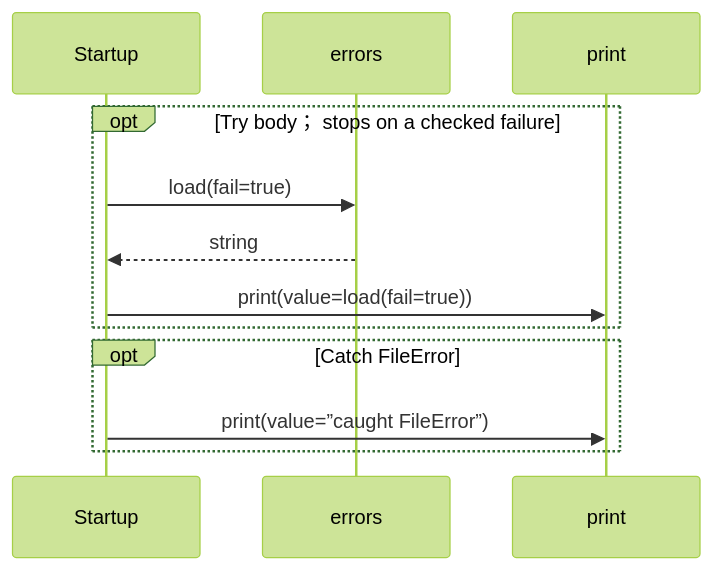
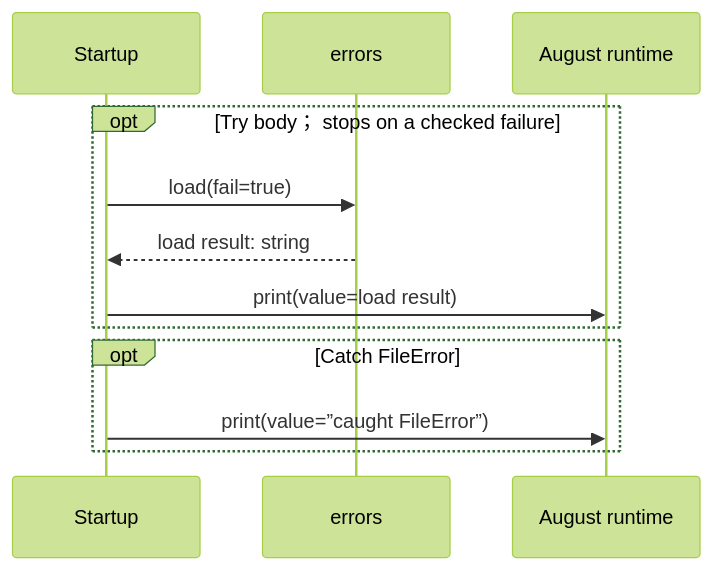
The diagram in docs/examples/errors/main-diagrams.md (GreenPandaStudios/augscript), drawn with Mermaid (forest theme) before and after one commit. The commit also changed other lines of this file and 304 other files, not shown here.

Commit message:
Make generated data-flow sequences concise and review every diagram

````diff
--- a/docs/examples/errors/main-diagrams.md
+++ b/docs/examples/errors/main-diagrams.md
@@ -39,14 +28,14 @@
 ```mermaid
 sequenceDiagram
     participant p0 as Startup
     participant p1 as errors
-    participant p2 as print
+    participant p2 as August runtime
     opt Try body； stops on a checked failure
     p0->>p1: load(fail=true)
-    p1-->>p0: string
-    p0->>p2: print(value=load(fail=true))
+    p1-->>p0: load result: string
+    p0->>p2: print(value=load result)
     end
     opt Catch FileError
     p0->>p2: print(value=”caught FileError”)
     end
 ```
````
